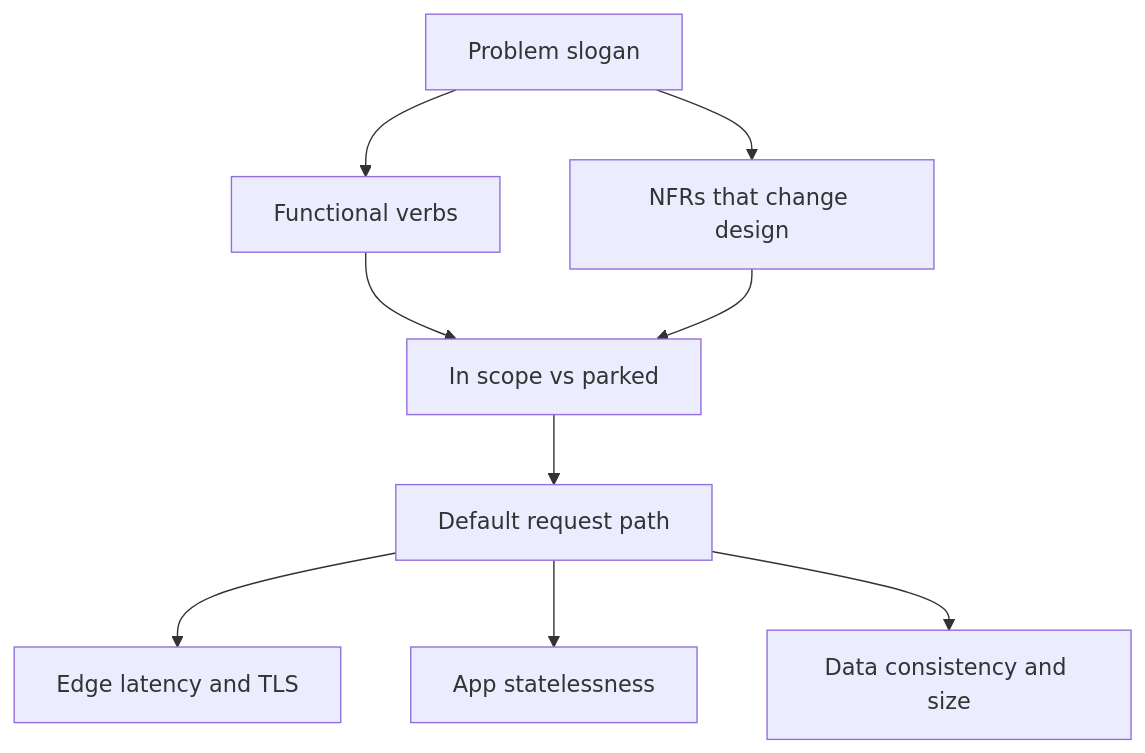
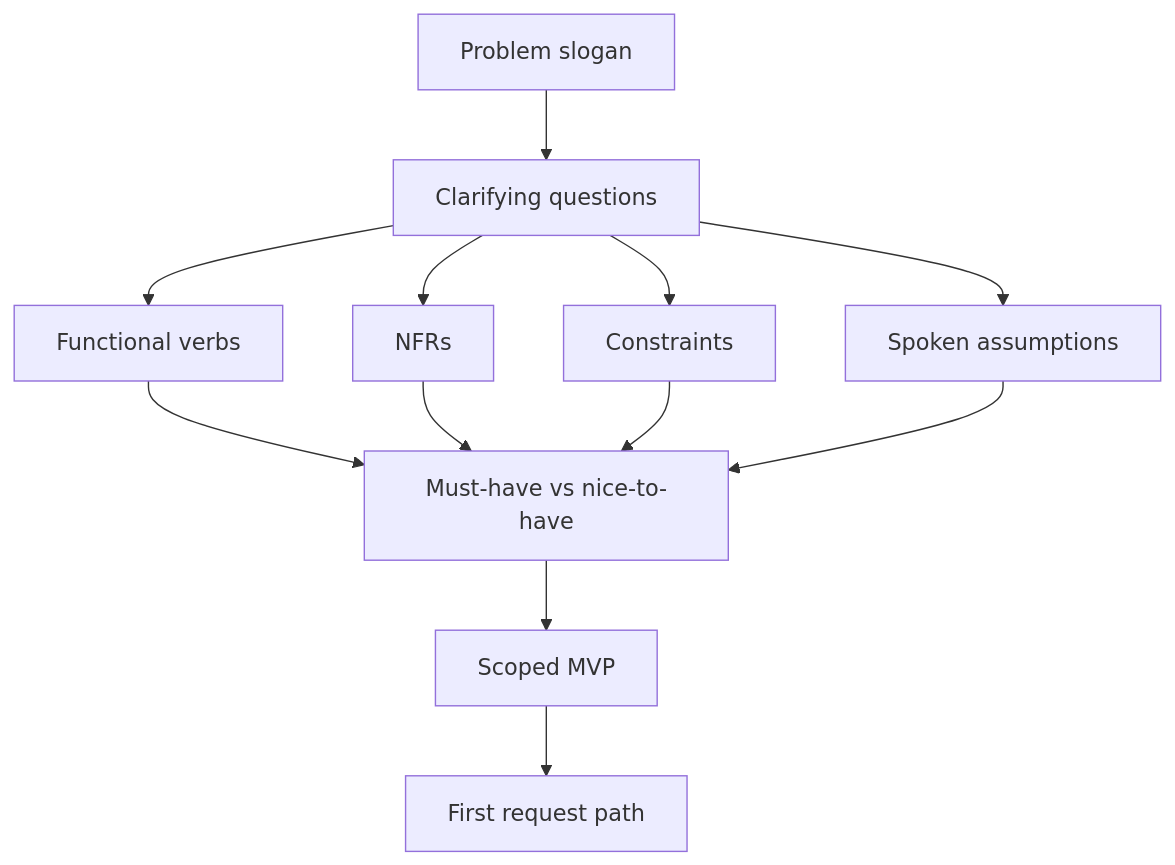
The first of 2 diagrams in System-Design-Interview-Playbook/chapters/chapter-02-understanding-requirements.md (legend24hyd/aharchitecturelab), drawn with Mermaid before and after one commit. The commit also changed other lines of this file and 38 other files, not shown here.

````diff
--- a/System-Design-Interview-Playbook/chapters/chapter-02-understanding-requirements.md
+++ b/System-Design-Interview-Playbook/chapters/chapter-02-understanding-requirements.md
@@ -39,11 +76,14 @@
 ```mermaid
 flowchart TB
-    Q[Problem slogan] --> F[Functional verbs]
-    Q --> N[NFRs that change design]
-    F --> S[In scope vs parked]
-    N --> S
-    S --> P[Default request path]
-    P --> E[Edge latency and TLS]
-    P --> A[App statelessness]
-    P --> D[Data consistency and size]
+    Slogan[Problem slogan] --> Q[Clarifying questions]
+    Q --> F[Functional verbs]
+    Q --> N[NFRs]
+    Q --> C[Constraints]
+    Q --> A[Spoken assumptions]
+    F --> P[Must-have vs nice-to-have]
+    N --> P
+    C --> P
+    A --> P
+    P --> Scope[Scoped MVP]
+    Scope --> Path[First request path]
 ```
````
